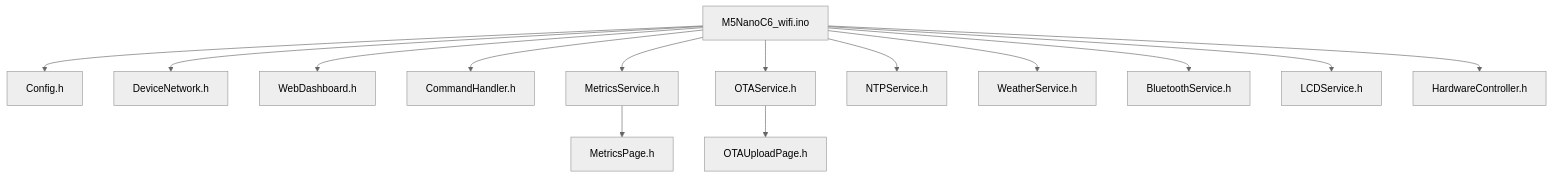
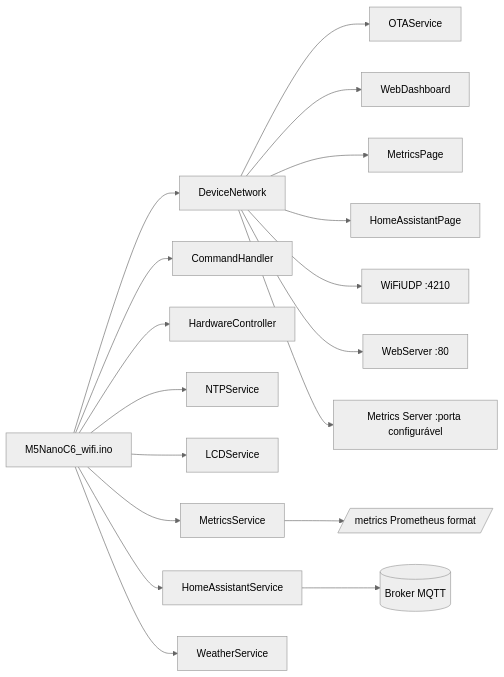
The first of 14 diagrams in README.md (paulocfmarques-collab/M5NanoC6_wifi), drawn with Mermaid (neutral theme) before and after one commit. The commit also changed other lines of this file, not shown here.

Commit message:
docs: upgrade README to premium full technical guide with extensive Mermaid diagrams

````diff
--- a/README.md
+++ b/README.md
@@ -55,16 +64,24 @@
 ```mermaid
-flowchart TD
-    A[M5NanoC6_wifi.ino] --> B[Config.h]
-    A --> C[DeviceNetwork.h]
-    A --> D[WebDashboard.h]
-    A --> E[CommandHandler.h]
-    A --> F[MetricsService.h]
-    F --> G[MetricsPage.h]
-    A --> H[OTAService.h]
-    H --> I[OTAUploadPage.h]
-    A --> J[NTPService.h]
-    A --> K[WeatherService.h]
-    A --> L[BluetoothService.h]
-    A --> M[LCDService.h]
-    A --> N[HardwareController.h]
+flowchart LR
+    INO[M5NanoC6_wifi.ino]
+
+    INO --> NET[DeviceNetwork]
+    INO --> CMD[CommandHandler]
+    INO --> HW[HardwareController]
+    INO --> NTP[NTPService]
+    INO --> LCD[LCDService]
+    INO --> MET[MetricsService]
+    INO --> HA[HomeAssistantService]
+    INO --> WEA[WeatherService]
+
+    NET --> OTA[OTAService]
+    NET --> WEB[WebDashboard]
+    NET --> MPAGE[MetricsPage]
+    NET --> HAPAGE[HomeAssistantPage]
+    NET --> UDP[WiFiUDP :4210]
+    NET --> HTTP80[WebServer :80]
+    NET --> HTTPM[Metrics Server :porta configurável]
+
+    HA --> MQTT[(Broker MQTT)]
+    MET --> PROM[/metrics Prometheus format/]
 ```
````
